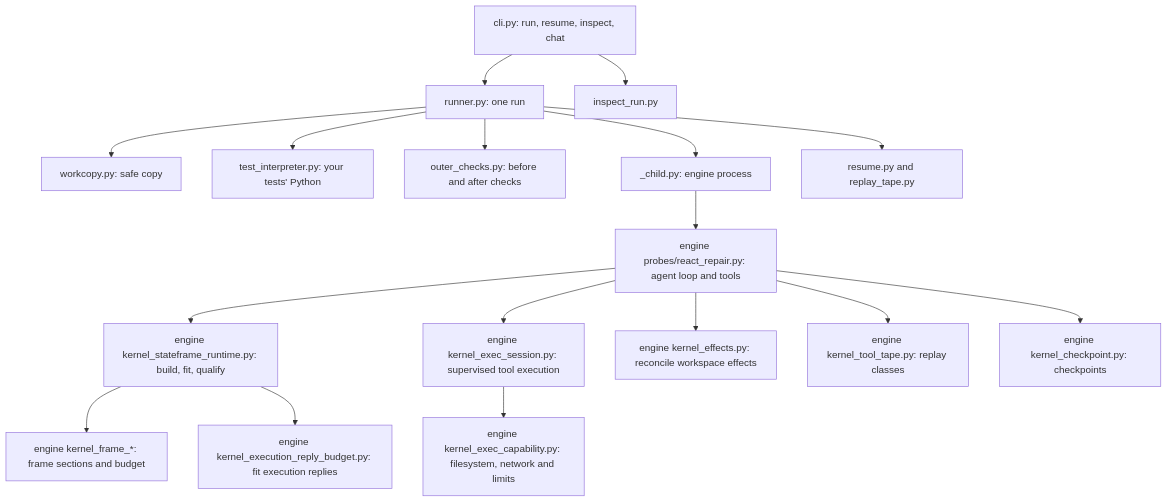
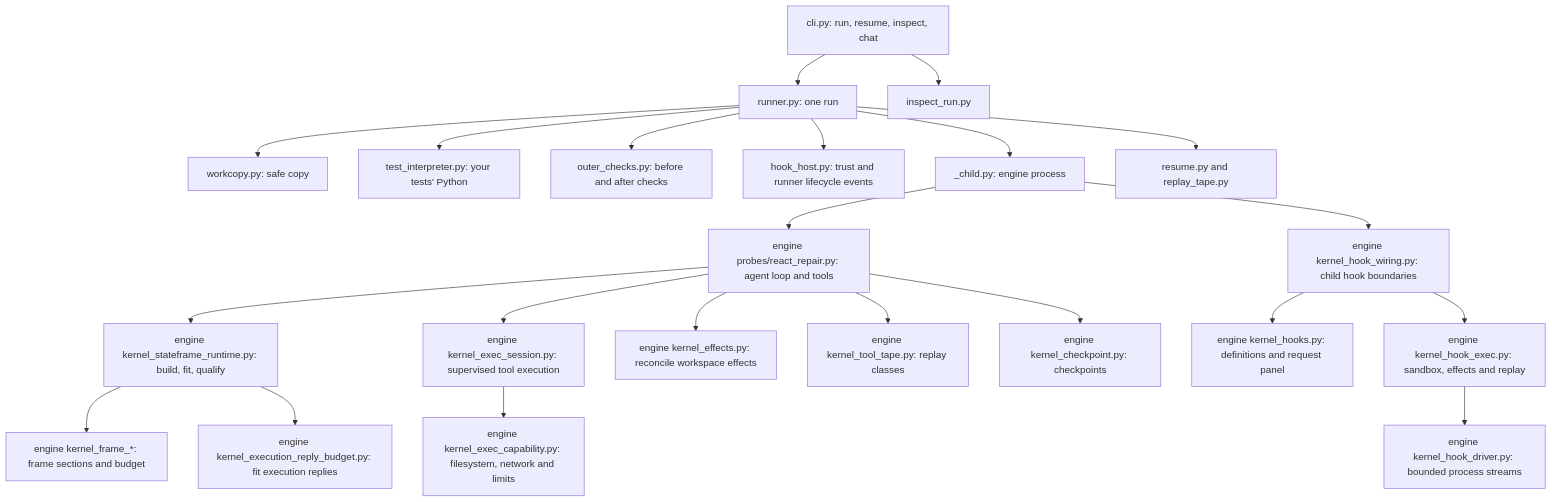
Before and after one commit to FarsideResearch/StateFrame: the sixth of 6 diagrams in ARCHITECTURE.md, drawn with Mermaid. The commit also changed other lines of this file and 67 other files, not shown here.

First line of the commit message:
StateFrame 0.2.6: lifecycle hooks

````diff
--- a/ARCHITECTURE.md
+++ b/ARCHITECTURE.md
@@ -103,19 +103,24 @@
 ```mermaid
 flowchart TB
     CLI[cli.py: run, resume, inspect, chat] --> RUNNER[runner.py: one run]
     RUNNER --> WC[workcopy.py: safe copy]
     RUNNER --> TI[test_interpreter.py: your tests' Python]
     RUNNER --> OC[outer_checks.py: before and after checks]
+    RUNNER --> HH[hook_host.py: trust and runner lifecycle events]
     RUNNER --> CH[_child.py: engine process]
     CH --> LOOP[engine probes/react_repair.py: agent loop and tools]
     LOOP --> RT[engine kernel_stateframe_runtime.py: build, fit, qualify]
     RT --> FRM[engine kernel_frame_*: frame sections and budget]
     LOOP --> EX[engine kernel_exec_session.py: supervised tool execution]
     EX --> CAP[engine kernel_exec_capability.py: filesystem, network and limits]
     LOOP --> EFF[engine kernel_effects.py: reconcile workspace effects]
     RT --> BUD[engine kernel_execution_reply_budget.py: fit execution replies]
     LOOP --> TAPE[engine kernel_tool_tape.py: replay classes]
     LOOP --> CKP[engine kernel_checkpoint.py: checkpoints]
+    CH --> HW[engine kernel_hook_wiring.py: child hook boundaries]
+    HW --> HK[engine kernel_hooks.py: definitions and request panel]
+    HW --> HE[engine kernel_hook_exec.py: sandbox, effects and replay]
+    HE --> HD[engine kernel_hook_driver.py: bounded process streams]
     RUNNER --> RES[resume.py and replay_tape.py]
     CLI --> INS[inspect_run.py]
 ```
````
